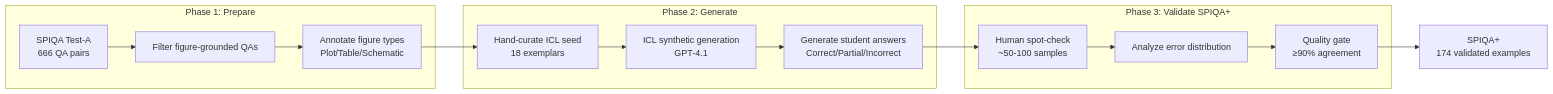
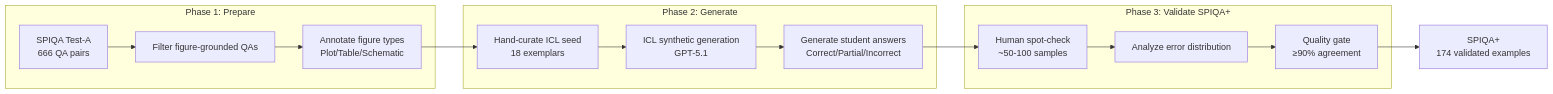
One commit to diptiaswath/studyCoach changed the first of 2 diagrams in results/presentation_outline.md. Above: the diagram before and after it, drawn with Mermaid.

````diff
--- a/results/presentation_outline.md
+++ b/results/presentation_outline.md
@@ -64,21 +64,21 @@
 ```mermaid
 flowchart LR
     subgraph Phase1["Phase 1: Prepare"]
         A[SPIQA Test-A<br/>666 QA pairs] --> B[Filter figure-grounded QAs]
         B --> C[Annotate figure types<br/>Plot/Table/Schematic]
     end
 
     subgraph Phase2["Phase 2: Generate"]
         C --> D[Hand-curate ICL seed<br/>18 exemplars]
-        D --> E[ICL synthetic generation<br/>GPT-4.1]
+        D --> E[ICL synthetic generation<br/>GPT-5.1]
         E --> F[Generate student answers<br/>Correct/Partial/Incorrect]
     end
 
     subgraph Phase3["Phase 3: Validate SPIQA+"]
         F --> H[Human spot-check<br/>~50-100 samples]
         H --> I[Analyze error distribution]
         I --> J[Quality gate<br/>≥90% agreement]
     end
 
     J --> K[SPIQA+<br/>174 validated examples]
 ```
````
